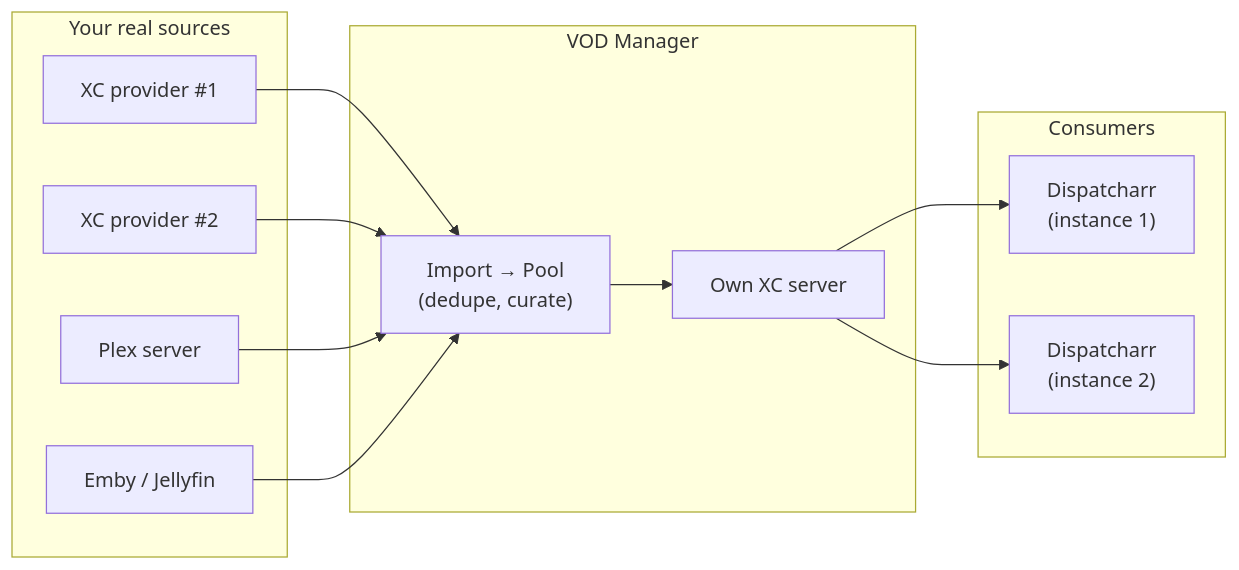
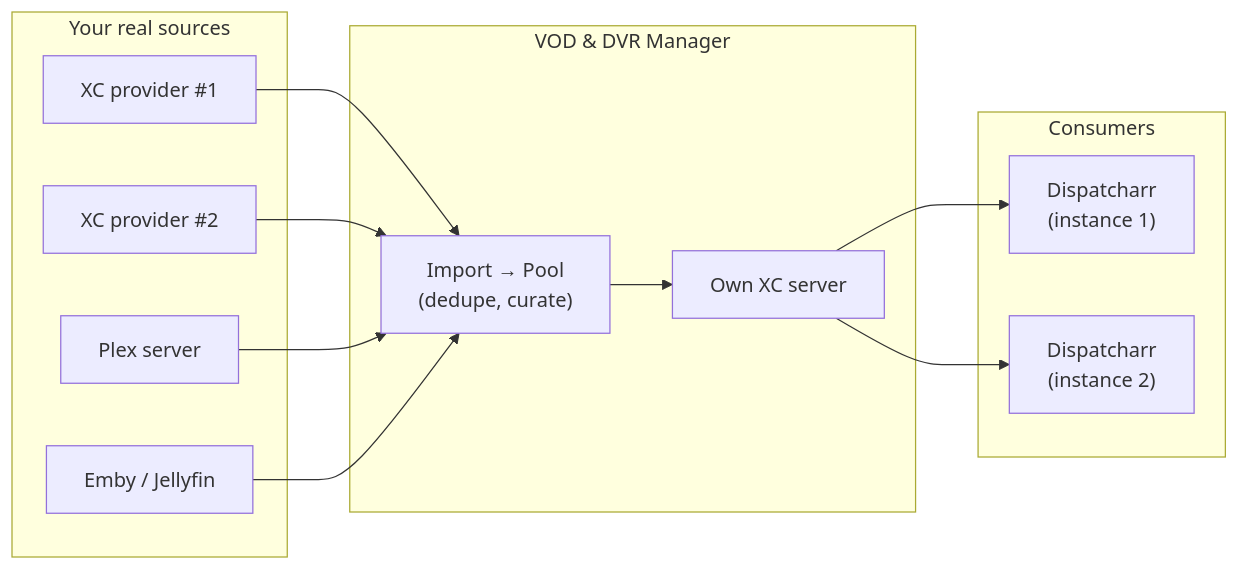
Before and after one commit to jstevenscl/vod-manager: the diagram in USERGUIDE.md, drawn with Mermaid. The commit also changed other lines of this file and 13 other files, not shown here.

````diff
--- a/USERGUIDE.md
+++ b/USERGUIDE.md
@@ -41,27 +41,27 @@
 ```mermaid
 flowchart LR
     subgraph Sources["Your real sources"]
         XC1["XC provider #1"]
         XC2["XC provider #2"]
         PLEX["Plex server"]
         EMBY["Emby / Jellyfin"]
     end
 
-    subgraph VM["VOD Manager"]
+    subgraph VM["VOD & DVR Manager"]
         POOL["Import → Pool<br/>(dedupe, curate)"]
         XCS["Own XC server"]
     end
 
     subgraph Consumers["Consumers"]
         D1["Dispatcharr<br/>(instance 1)"]
         D2["Dispatcharr<br/>(instance 2)"]
     end
 
     XC1 --> POOL
     XC2 --> POOL
     PLEX --> POOL
     EMBY --> POOL
     POOL --> XCS
     XCS --> D1
     XCS --> D2
 ```
````
